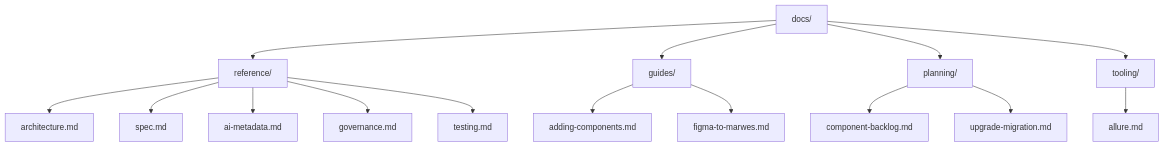
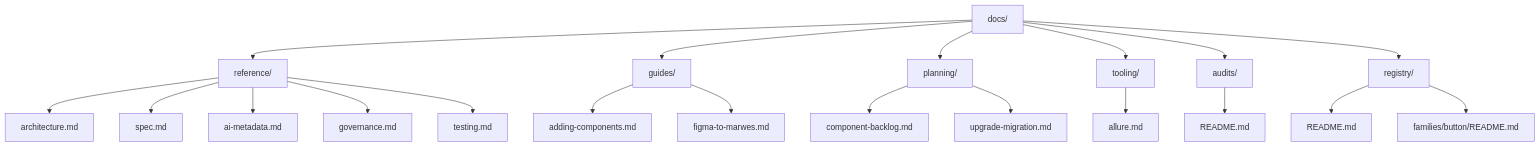
The first of 2 diagrams in docs/README.md (niklas-westman/marwes), drawn with Mermaid before and after one commit. The commit also changed other lines of this file and 256 other files, not shown here.

````diff
--- a/docs/README.md
+++ b/docs/README.md
@@ -19,22 +20,28 @@
 ```mermaid
 graph TD
   Docs[docs/]
   Docs --> Reference[reference/]
   Docs --> Guides[guides/]
   Docs --> Planning[planning/]
   Docs --> Tooling[tooling/]
+  Docs --> Audits[audits/]
+  Docs --> Registry[registry/]
 
   Reference --> Architecture[architecture.md]
   Reference --> Spec[spec.md]
   Reference --> AIMetadata[ai-metadata.md]
   Reference --> Governance[governance.md]
   Reference --> Testing[testing.md]
 
   Guides --> Adding[adding-components.md]
   Guides --> Figma[figma-to-marwes.md]
 
+  Registry --> RegistryIndex[README.md]
+  Registry --> ButtonRegistry[families/button/README.md]
+
   Planning --> Backlog[component-backlog.md]
   Planning --> Migration[upgrade-migration.md]
 
   Tooling --> Allure[allure.md]
+  Audits --> AuditIndex[README.md]
 ```
````
